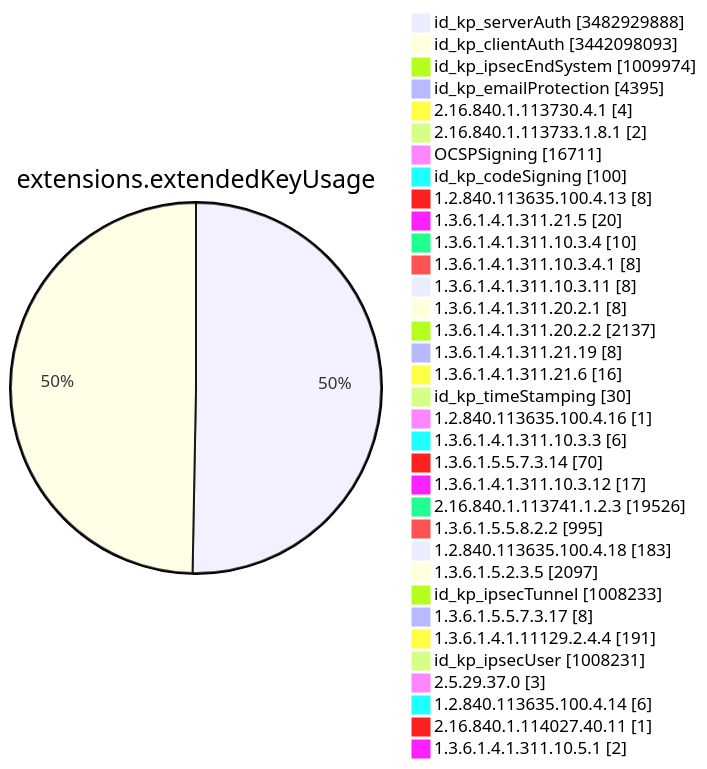
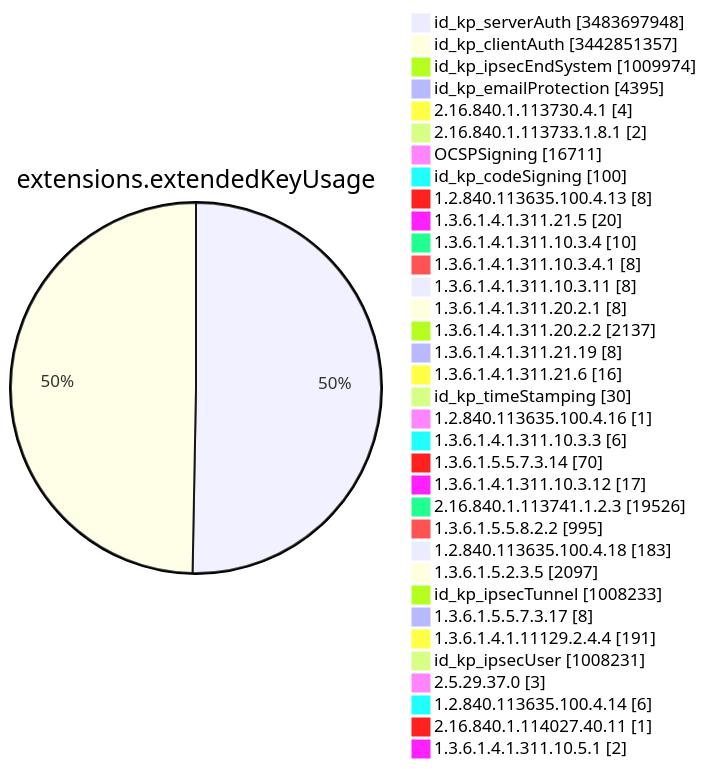
Diagram 11 of 15 in TOTAL/README.md (christiankrug/ctmonitor_visualization), drawn with Mermaid before and after one commit. The commit also changed other lines of this file, not shown here.

````diff
--- a/TOTAL/README.md
+++ b/TOTAL/README.md
@@ -4124,38 +4124,38 @@
 ```mermaid
 pie showData
 title extensions.extendedKeyUsage
-"id_kp_serverAuth" :3482929888
-"id_kp_clientAuth" :3442098093
+"id_kp_serverAuth" :3483697948
+"id_kp_clientAuth" :3442851357
 "id_kp_ipsecEndSystem" :1009974
 "id_kp_emailProtection" :4395
 "2.16.840.1.113730.4.1" :4
 "2.16.840.1.113733.1.8.1" :2
 "OCSPSigning" :16711
 "id_kp_codeSigning" :100
 "1.2.840.113635.100.4.13" :8
 "1.3.6.1.4.1.311.21.5" :20
 "1.3.6.1.4.1.311.10.3.4" :10
 "1.3.6.1.4.1.311.10.3.4.1" :8
 "1.3.6.1.4.1.311.10.3.11" :8
 "1.3.6.1.4.1.311.20.2.1" :8
 "1.3.6.1.4.1.311.20.2.2" :2137
 "1.3.6.1.4.1.311.21.19" :8
 "1.3.6.1.4.1.311.21.6" :16
 "id_kp_timeStamping" :30
 "1.2.840.113635.100.4.16" :1
 "1.3.6.1.4.1.311.10.3.3" :6
 "1.3.6.1.5.5.7.3.14" :70
 "1.3.6.1.4.1.311.10.3.12" :17
 "2.16.840.1.113741.1.2.3" :19526
 "1.3.6.1.5.5.8.2.2" :995
 "1.2.840.113635.100.4.18" :183
 "1.3.6.1.5.2.3.5" :2097
 "id_kp_ipsecTunnel" :1008233
 "1.3.6.1.5.5.7.3.17" :8
 "1.3.6.1.4.1.11129.2.4.4" :191
 "id_kp_ipsecUser" :1008231
 "2.5.29.37.0" :3
 "1.2.840.113635.100.4.14" :6
 "2.16.840.1.114027.40.11" :1
 "1.3.6.1.4.1.311.10.5.1" :2
 ```
````
